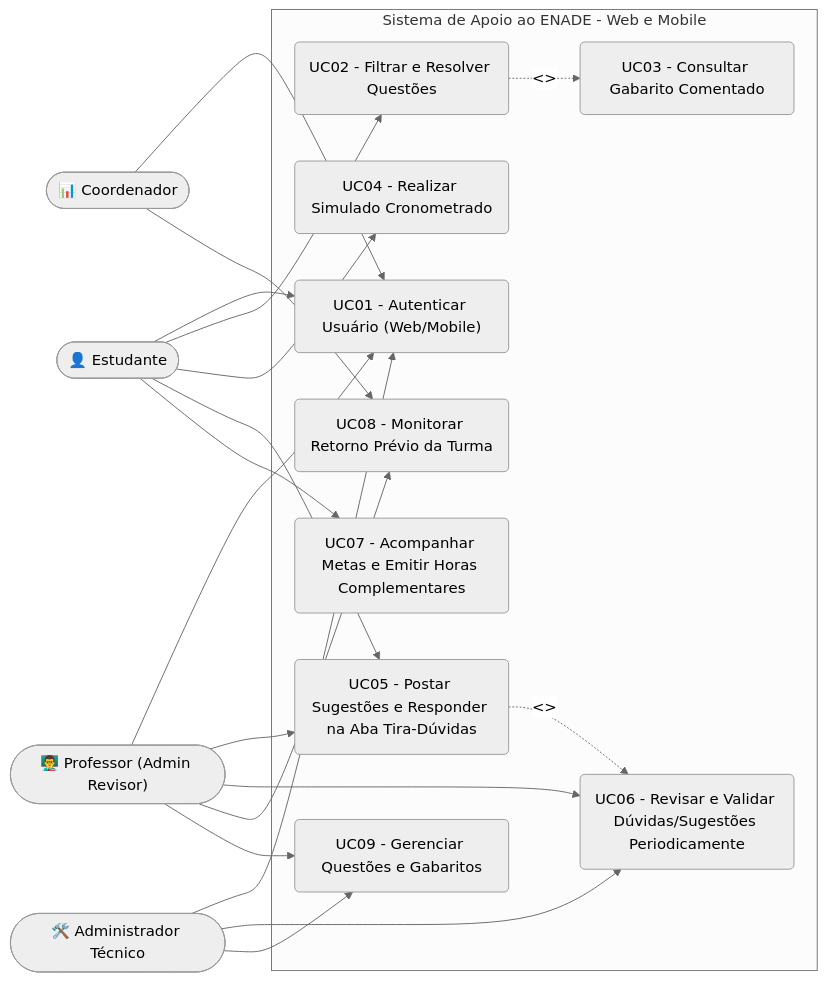
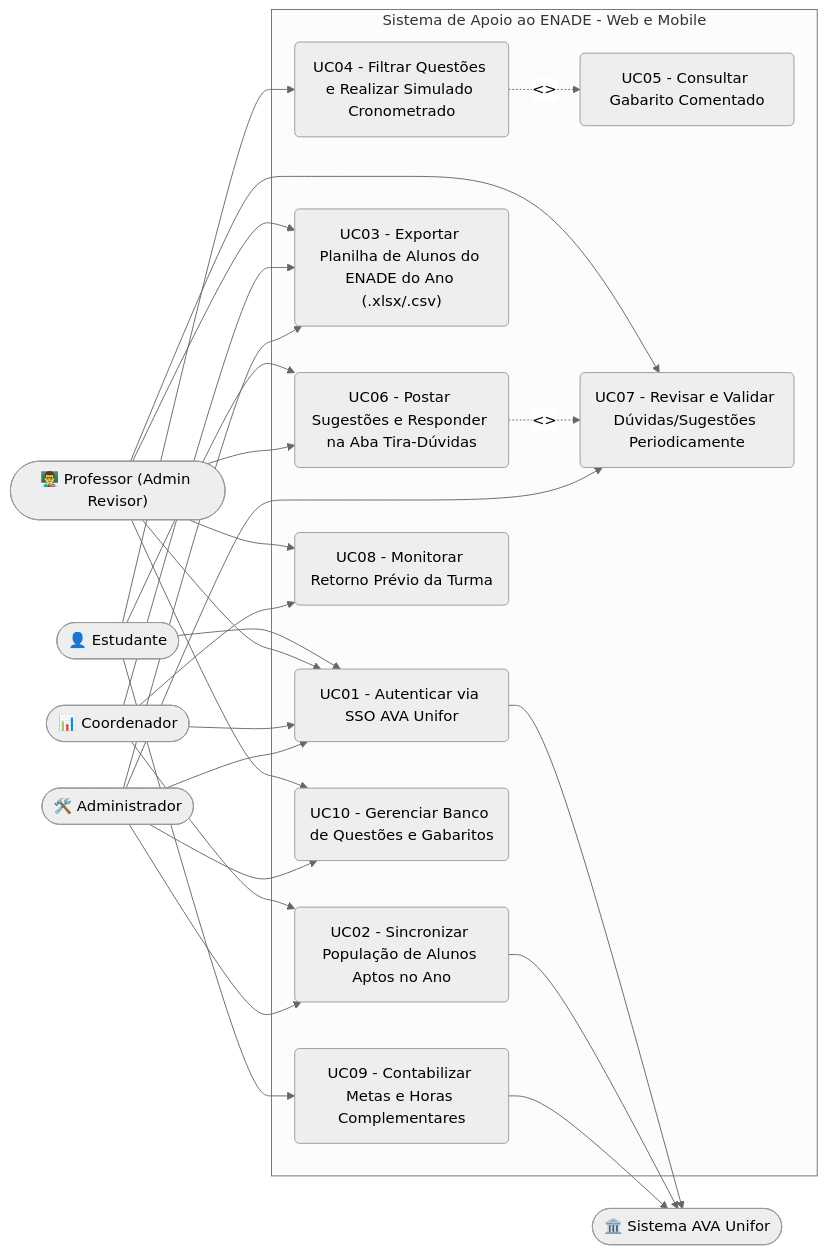
The first of 3 diagrams in README.md (joaohgabriell/sistema-apoio-enade-unifor), drawn with Mermaid (neutral theme) before and after one commit. The commit also changed other lines of this file, not shown here.

Commit message:
feat: adiciona integracao com AVA Unifor para controle populacional e exportacao de planilhas

```diff
--- a/README.md
+++ b/README.md
@@ -101,26 +106,32 @@
 ~~~mermaid
 flowchart LR
     Est(["👤 Estudante"])
     Prof(["👨‍🏫 Professor (Admin Revisor)"])
     Coord(["📊 Coordenador"])
-    Adm(["🛠️ Administrador Técnico"])
+    Adm(["🛠️ Administrador"])
+    AVA(["🏛️ Sistema AVA Unifor"])
 
     subgraph Sistema de Apoio ao ENADE - Web e Mobile
-        UC1("UC01 - Autenticar Usuário (Web/Mobile)")
-        UC2("UC02 - Filtrar e Resolver Questões")
-        UC3("UC03 - Consultar Gabarito Comentado")
-        UC4("UC04 - Realizar Simulado Cronometrado")
-        UC5("UC05 - Postar Sugestões e Responder na Aba Tira-Dúvidas")
-        UC6("UC06 - Revisar e Validar Dúvidas/Sugestões Periodicamente")
-        UC7("UC07 - Acompanhar Metas e Emitir Horas Complementares")
+        UC1("UC01 - Autenticar via SSO AVA Unifor")
+        UC2("UC02 - Sincronizar População de Alunos Aptos no Ano")
+        UC3("UC03 - Exportar Planilha de Alunos do ENADE do Ano (.xlsx/.csv)")
+        UC4("UC04 - Filtrar Questões e Realizar Simulado Cronometrado")
+        UC5("UC05 - Consultar Gabarito Comentado")
+        UC6("UC06 - Postar Sugestões e Responder na Aba Tira-Dúvidas")
+        UC7("UC07 - Revisar e Validar Dúvidas/Sugestões Periodicamente")
         UC8("UC08 - Monitorar Retorno Prévio da Turma")
-        UC9("UC09 - Gerenciar Questões e Gabaritos")
+        UC9("UC09 - Contabilizar Metas e Horas Complementares")
+        UC10("UC10 - Gerenciar Banco de Questões e Gabaritos")
     end
 
-    Est --> UC1 & UC2 & UC4 & UC5 & UC7
-    UC2 -.->|"<<extend>>"| UC3
-    Prof --> UC1 & UC5 & UC6 & UC8 & UC9
-    UC5 -.->|"<<extend>>"| UC6
-    Coord --> UC1 & UC8
-    Adm --> UC1 & UC6 & UC9
+    Est --> UC1 & UC4 & UC6 & UC9
+    UC4 -.->|"<<extend>>"| UC5
+    Prof --> UC1 & UC3 & UC6 & UC7 & UC8 & UC10
+    UC6 -.->|"<<extend>>"| UC7
+    Coord --> UC1 & UC2 & UC3 & UC8
+    Adm --> UC1 & UC2 & UC3 & UC7 & UC10
+
+    UC1 --> AVA
+    UC2 --> AVA
+    UC9 --> AVA
 ~~~
```
